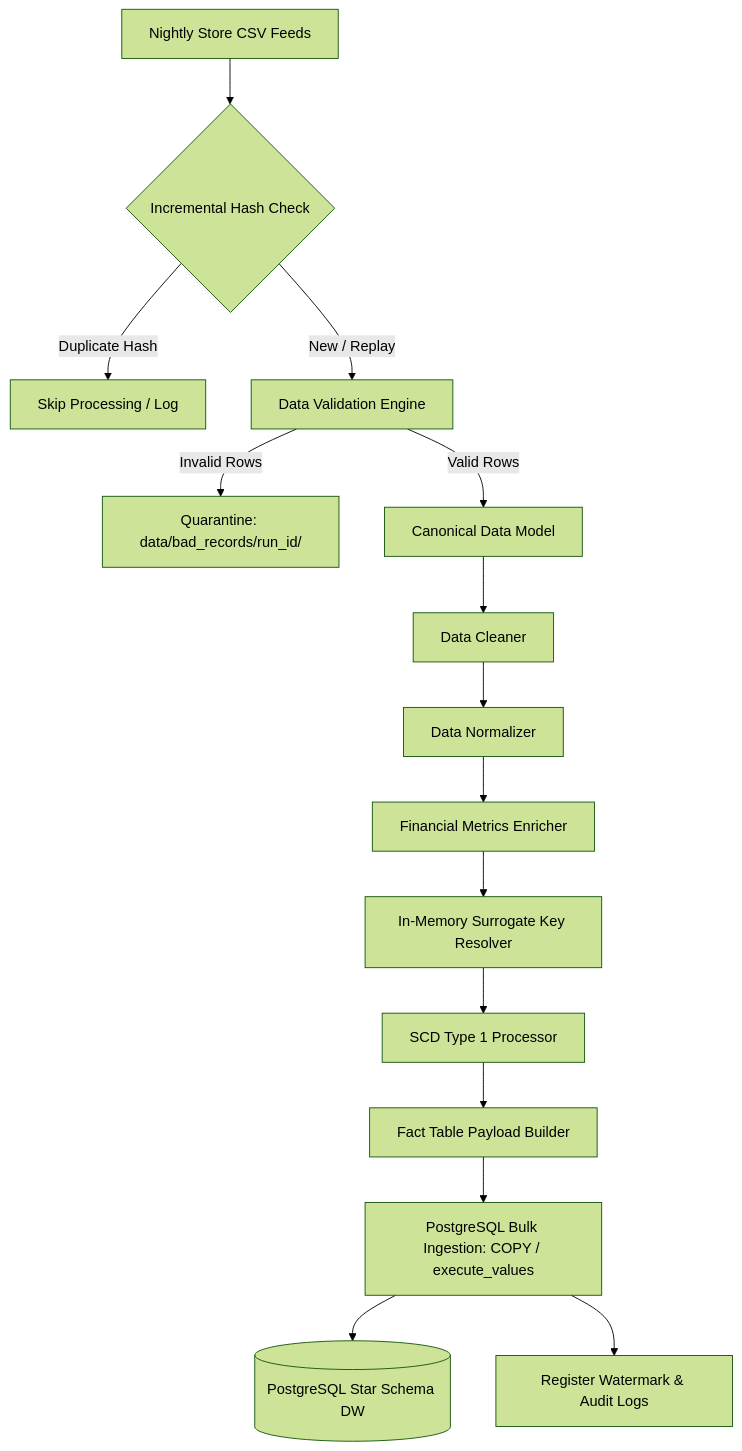
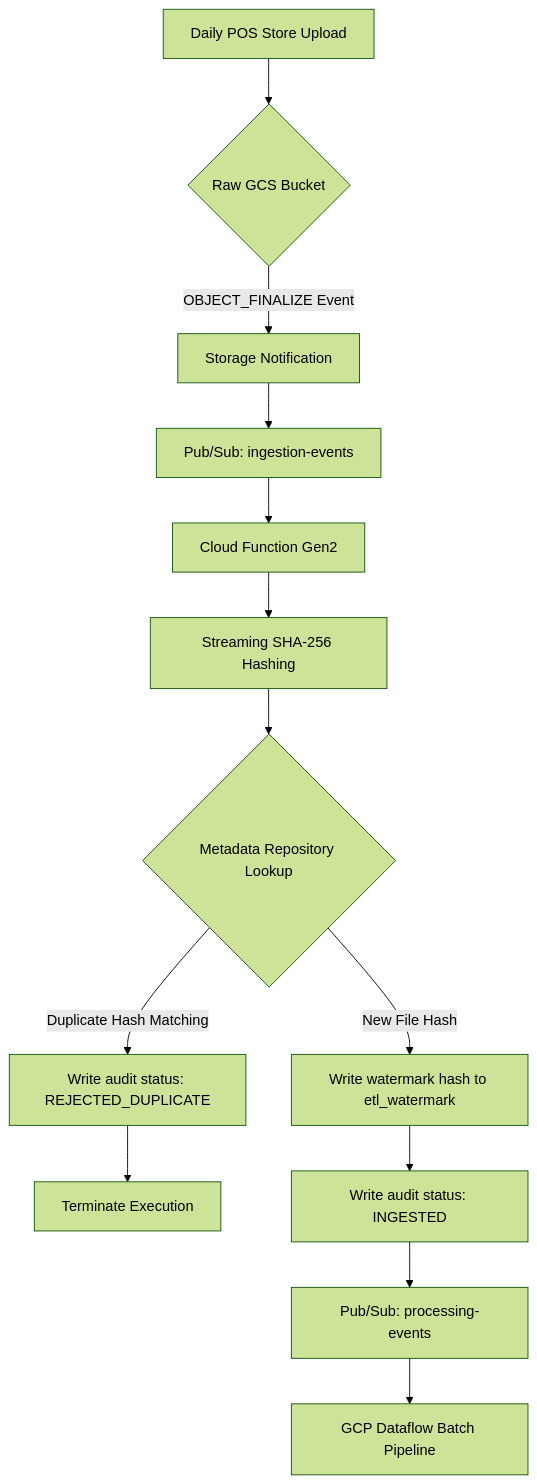
One commit to vdanielpaul/retailflow-etl changed the diagram in README.md. Above: the diagram before and after it, drawn with Mermaid (forest theme). The commit also changed other lines of this file and 1 other file, not shown here.

````diff
--- a/README.md
+++ b/README.md
@@ -26,21 +16,19 @@
 ```mermaid
 flowchart TD
-    StoreCSV[Nightly Store CSV Feeds] --> IncCheck{Incremental Hash Check}
-    IncCheck -- Duplicate Hash --> Skip[Skip Processing / Log]
-    IncCheck -- New / Replay --> ValEngine[Data Validation Engine]
-
-    ValEngine -- Invalid Rows --> Quarantine[Quarantine: data/bad_records/run_id/]
-    ValEngine -- Valid Rows --> CDM[Canonical Data Model]
-
-    CDM --> Cleaner[Data Cleaner]
-    Cleaner --> Normalizer[Data Normalizer]
-    Normalizer --> Enricher[Financial Metrics Enricher]
-    Enricher --> SurrogateLookup[In-Memory Surrogate Key Resolver]
-    SurrogateLookup --> SCD1[SCD Type 1 Processor]
-
-    SCD1 --> FactBuilder[Fact Table Payload Builder]
-    FactBuilder --> Loader[PostgreSQL Bulk Ingestion: COPY / execute_values]
-
-    Loader --> Warehouse[(PostgreSQL Star Schema DW)]
-    Loader --> Watermark[Register Watermark & Audit Logs]
+    StoreCSV[Daily POS Store Upload] --> GCS{Raw GCS Bucket}
+    GCS -- OBJECT_FINALIZE Event --> Notification[Storage Notification]
+    Notification --> PubSubA[Pub/Sub: ingestion-events]
+    PubSubA --> CF[Cloud Function Gen2]
+    
+    CF --> Hashing[Streaming SHA-256 Hashing]
+    Hashing --> MetadataCheck{Metadata Repository Lookup}
+    
+    MetadataCheck -- Duplicate Hash Matching --> BQ_Audit_Reject[Write audit status: REJECTED_DUPLICATE]
+    BQ_Audit_Reject --> Terminate[Terminate Execution]
+    
+    MetadataCheck -- New File Hash --> BQ_Watermark[Write watermark hash to etl_watermark]
+    BQ_Watermark --> BQ_Audit_Ingest[Write audit status: INGESTED]
+    BQ_Audit_Ingest --> PubSubB[Pub/Sub: processing-events]
+    
+    PubSubB --> Dataflow[GCP Dataflow Batch Pipeline]
 ```
````
